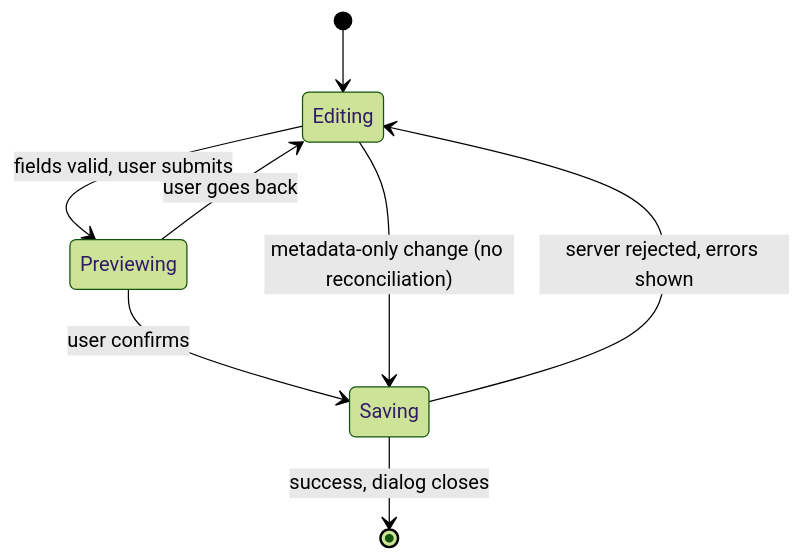
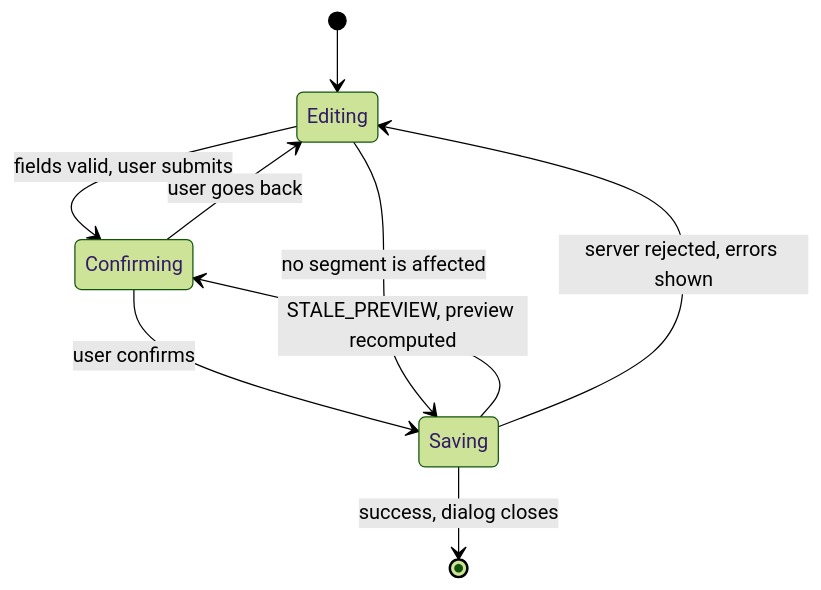
One commit to mjablecnik/WorkLog changed the third of 3 diagrams in .kiro/specs/002-worklog-ui/design.md. Above: the diagram before and after it, drawn with Mermaid (forest theme). The commit also changed other lines of this file and 41 other files, not shown here.

````diff
--- a/.kiro/specs/002-worklog-ui/design.md
+++ b/.kiro/specs/002-worklog-ui/design.md
@@ -69,10 +108,11 @@
 ```mermaid
 stateDiagram-v2
     [*] --> Editing
-    Editing --> Previewing : fields valid, user submits
-    Previewing --> Editing : user goes back
-    Previewing --> Saving : user confirms
+    Editing --> Confirming : fields valid, user submits
+    Confirming --> Editing : user goes back
+    Confirming --> Saving : user confirms
     Saving --> [*] : success, dialog closes
+    Saving --> Confirming : STALE_PREVIEW, preview recomputed
     Saving --> Editing : server rejected, errors shown
-    Editing --> Saving : metadata-only change (no reconciliation)
+    Editing --> Saving : no segment is affected
 ```
````
